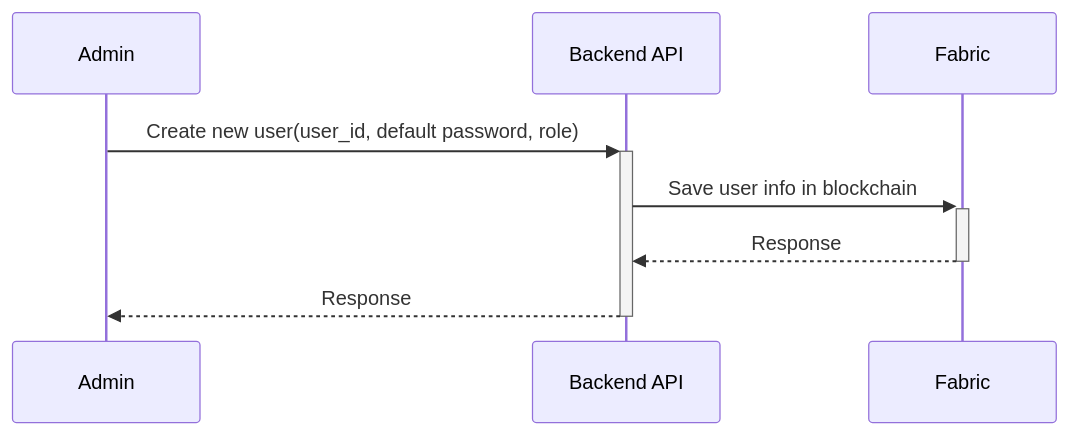
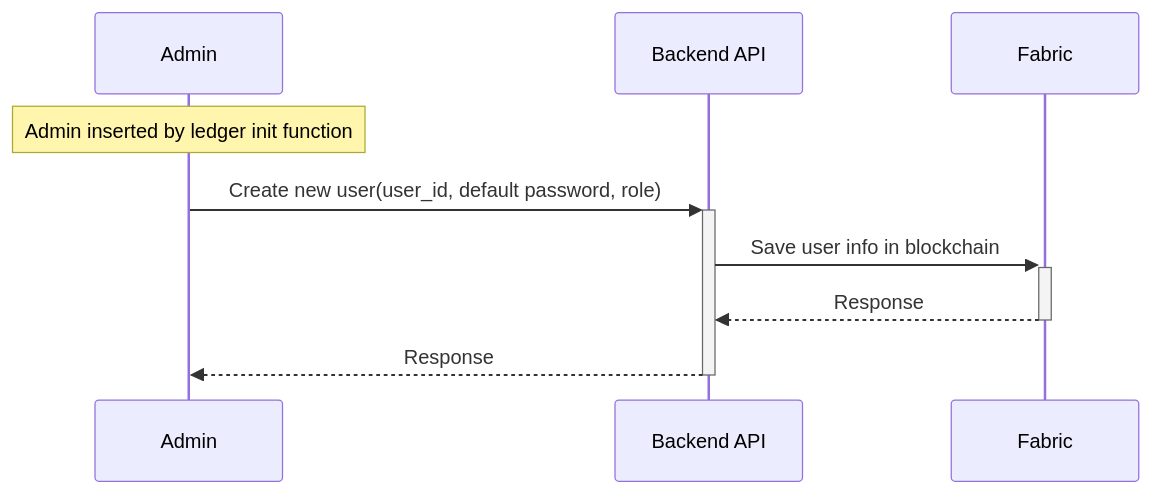
One commit to tran-the-lam/scada-project changed the first of 3 diagrams in application/README.md. Above: the diagram before and after it, drawn with Mermaid.

Commit message:
update readme :memo: :memo: :memo:

````diff
--- a/application/README.md
+++ b/application/README.md
@@ -23,7 +23,8 @@
 ```mermaid
 sequenceDiagram
+    Note over Admin: Admin inserted by ledger init function
     Admin->>+Backend API: Create new user(user_id, default password, role)
     Backend API->>+ Fabric: Save user info in blockchain
     Fabric-->>-Backend API: Response
     Backend API-->>-Admin: Response
 ```
````
